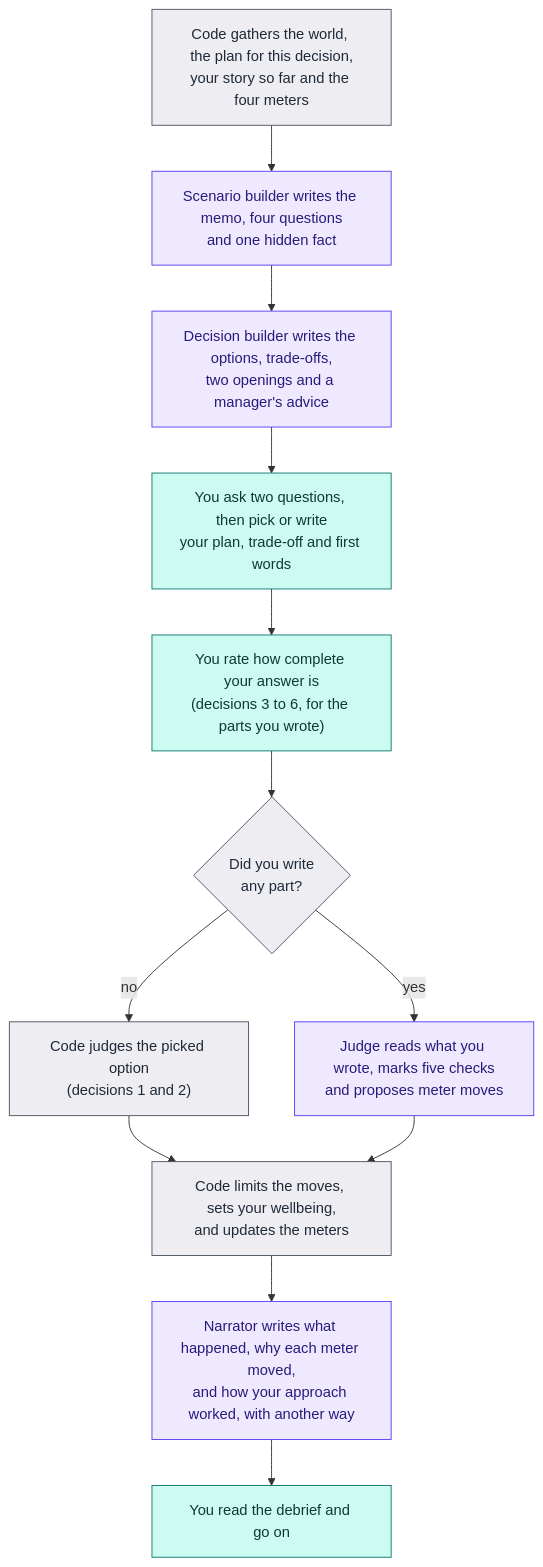
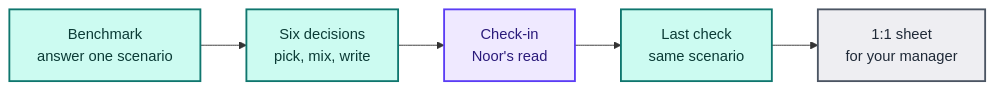
One commit to gtran16/LDAI-leadership-game-prototype changed the second of 3 diagrams in docs/system-diagrams.md. Above: the diagram before and after it, drawn with Mermaid. The commit also changed other lines of this file, not shown here.

Commit message:
System diagrams condensed to one page with a color key

````diff
--- a/docs/system-diagrams.md
+++ b/docs/system-diagrams.md
@@ -7,23 +18,7 @@
 ```mermaid
-flowchart TD
-  classDef you fill:#CCFBF1,stroke:#0F766E,color:#0B3B36
-  classDef ai fill:#EFE9FF,stroke:#5B3DF5,color:#2A1A7A
-  classDef code fill:#EEEEF2,stroke:#4B5563,color:#1F2937
-
-  A["Code gathers the world, the plan for this decision,<br/>your story so far and the four meters"]:::code
-  B["Scenario builder writes the memo, four questions<br/>and one hidden fact"]:::ai
-  C["Decision builder writes the options, trade-offs,<br/>two openings and a manager's advice"]:::ai
-  D["You ask two questions, then pick or write<br/>your plan, trade-off and first words"]:::you
-  E["You rate how complete your answer is<br/>(decisions 3 to 6, for the parts you wrote)"]:::you
-  F{"Did you write<br/>any part?"}:::code
-  G["Code judges the picked option<br/>(decisions 1 and 2)"]:::code
-  H["Judge reads what you wrote, marks five checks<br/>and proposes meter moves"]:::ai
-  I["Code limits the moves, sets your wellbeing,<br/>and updates the meters"]:::code
-  J["Narrator writes what happened, why each meter moved,<br/>and how your approach worked, with another way"]:::ai
-  K["You read the debrief and go on"]:::you
-
-  A --> B --> C --> D --> E --> F
-  F -- no --> G --> I
-  F -- yes --> H --> I
-  I --> J --> K
+flowchart LR
+  classDef you fill:#CCFBF1,stroke:#0F766E,color:#0B3B36,stroke-width:2px
+  classDef ai fill:#EFE9FF,stroke:#5B3DF5,color:#2A1A7A,stroke-width:2px
+  classDef code fill:#EEEEF2,stroke:#4B5563,color:#1F2937,stroke-width:2px
+  A["Benchmark<br/>answer one scenario"]:::you --> B["Six decisions<br/>pick, mix, write"]:::you --> C["Check-in<br/>Noor's read"]:::ai --> D["Last check<br/>same scenario"]:::you --> E["1:1 sheet<br/>for your manager"]:::code
 ```
````
